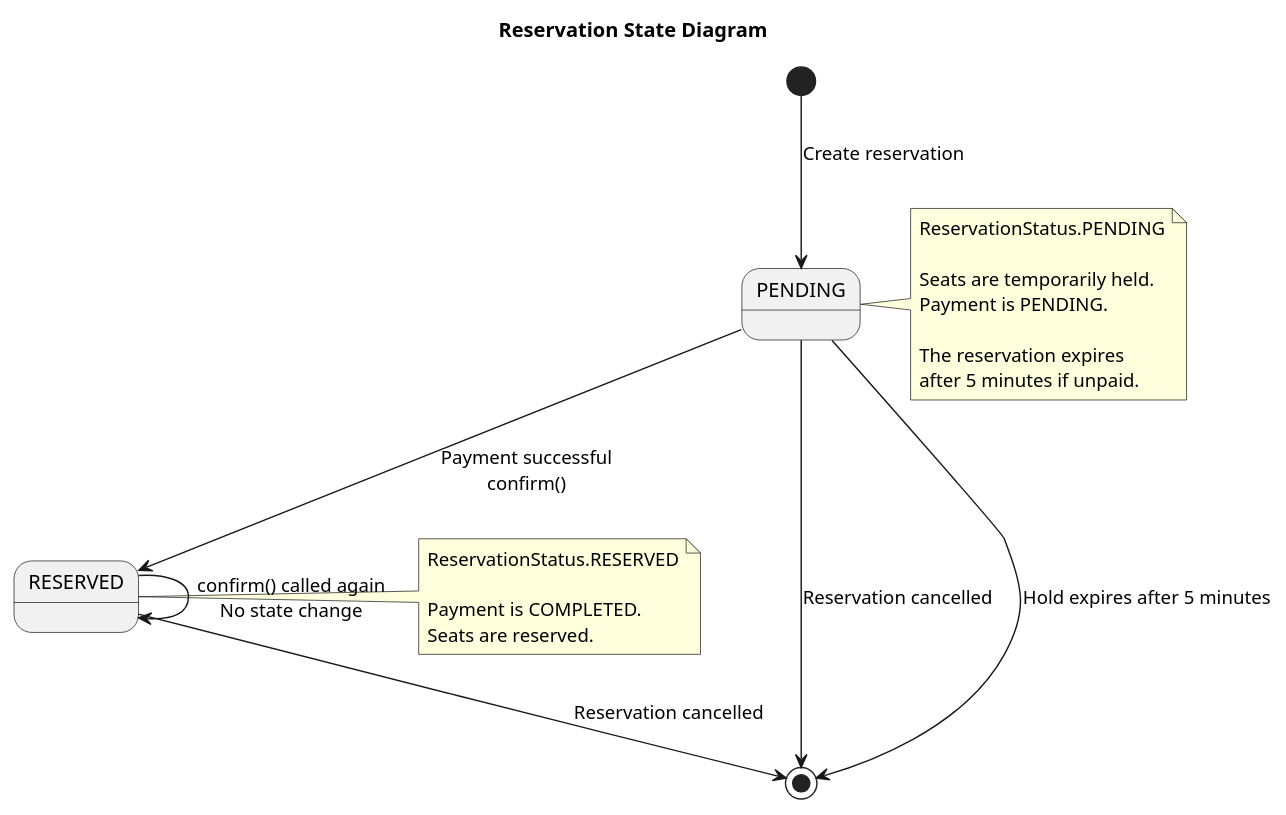
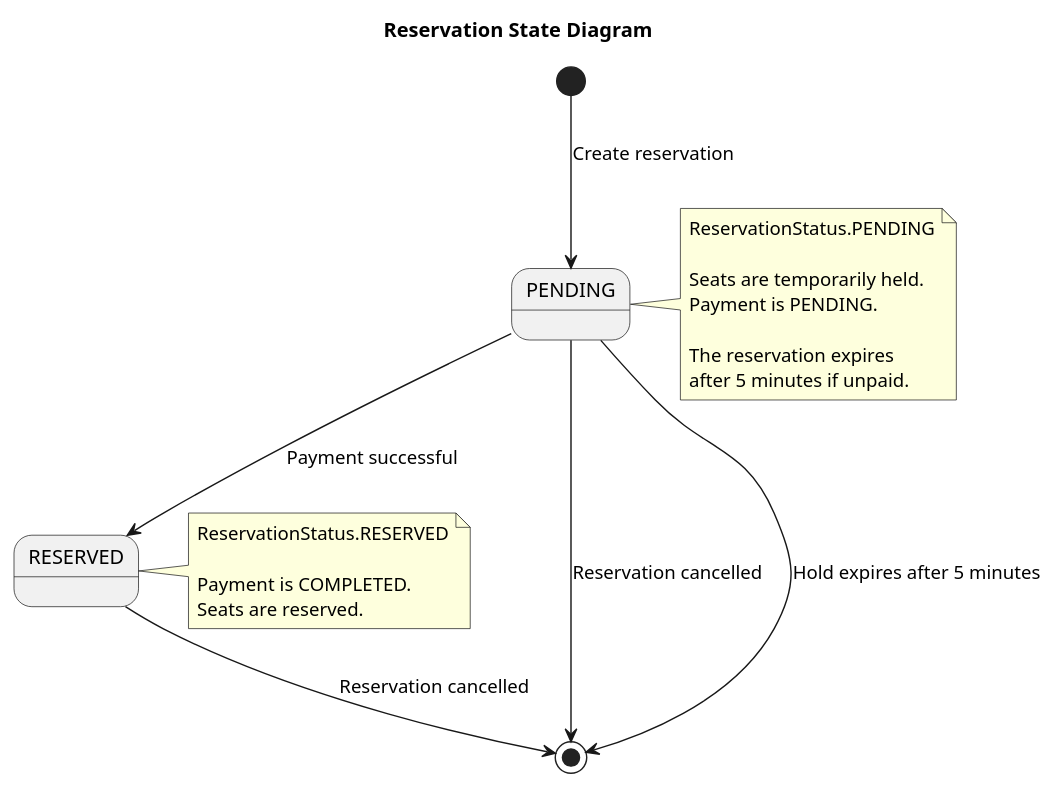
Before and after one commit to MatinoTekkit/swi_cinema: the diagram in diagrams/StateDiagrams/ReservationStateDiagram.puml, drawn with PlantUML. The commit also changed 1 other file, not shown here.

```diff
--- a/diagrams/StateDiagrams/ReservationStateDiagram.puml
+++ b/diagrams/StateDiagrams/ReservationStateDiagram.puml
@@ -1,35 +1,33 @@
 @startuml
 title Reservation State Diagram
 
 state "PENDING" as Pending
 state "RESERVED" as Reserved
 
 [*] --> Pending : Create reservation
 
-Pending --> Reserved : Payment successful\nconfirm()
+Pending --> Reserved : Payment successful
 
 Pending --> [*] : Reservation cancelled
 Pending --> [*] : Hold expires after 5 minutes
 
 Reserved --> [*] : Reservation cancelled
-
-Reserved --> Reserved : confirm() called again\nNo state change
 
 note right of Pending
 ReservationStatus.PENDING
 
 Seats are temporarily held.
 Payment is PENDING.
 
 The reservation expires
 after 5 minutes if unpaid.
 end note
 
 note right of Reserved
 ReservationStatus.RESERVED
 
 Payment is COMPLETED.
 Seats are reserved.
 end note
 
 @enduml
```
